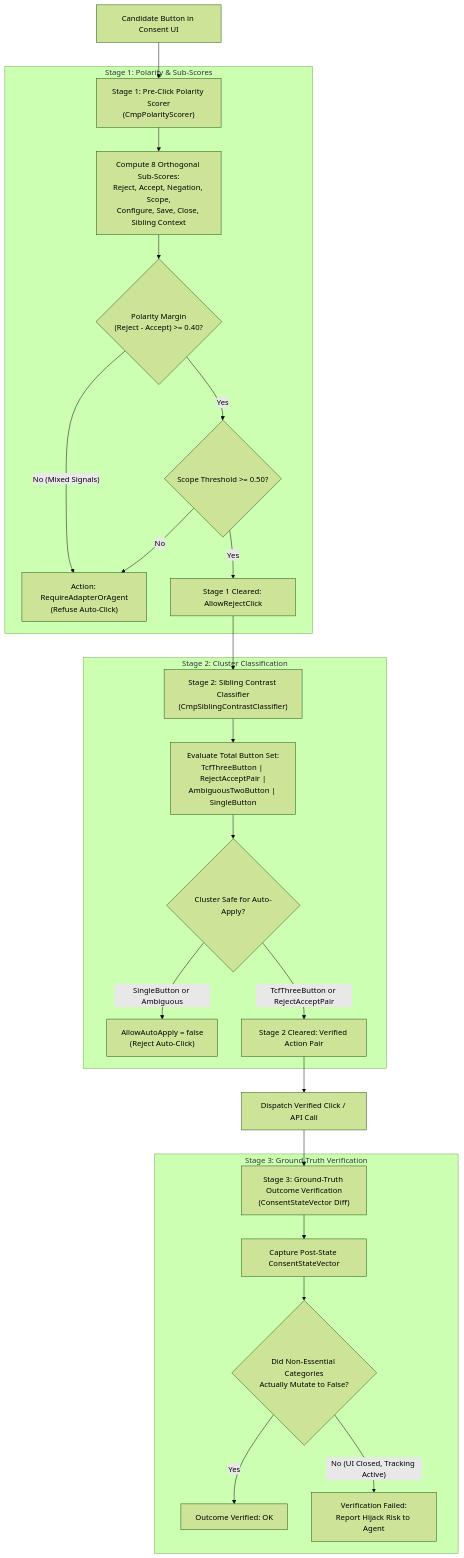
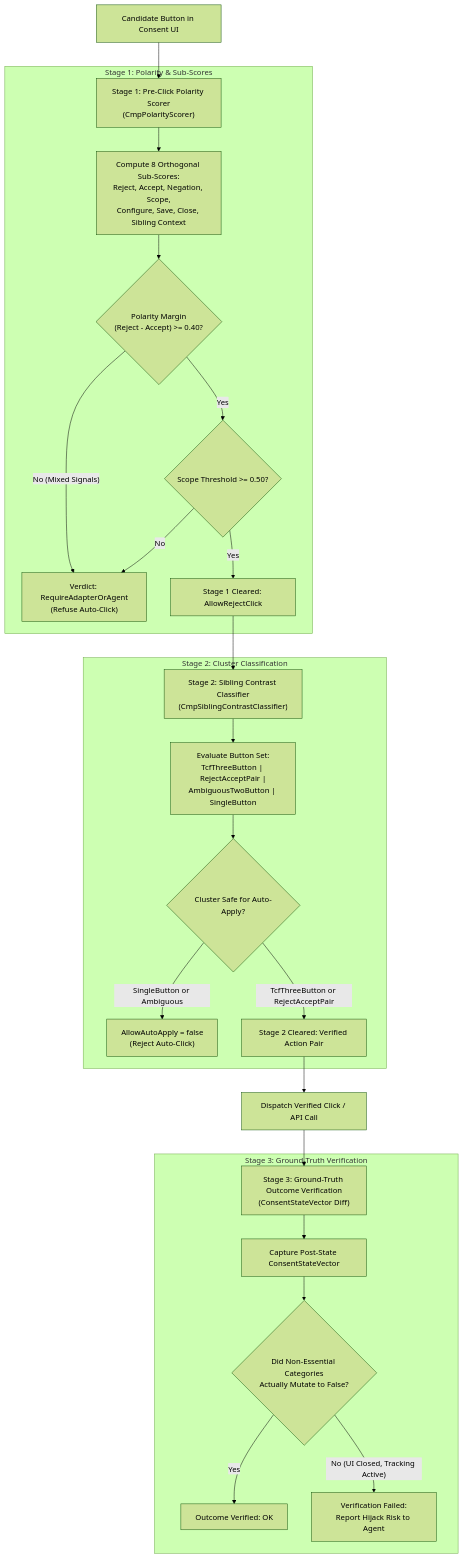
One commit to joelaniol/nova changed the diagram in docs/core-features/consent-management/hijack-protection/README.md. Above: the diagram before and after it, drawn with Mermaid (forest theme). The commit also changed other lines of this file and 128 other files, not shown here.

````diff
--- a/docs/core-features/consent-management/hijack-protection/README.md
+++ b/docs/core-features/consent-management/hijack-protection/README.md
@@ -40,33 +33,33 @@
 ```mermaid
 flowchart TD
     Candidate["Candidate Button in Consent UI"] --> Stage1["Stage 1: Pre-Click Polarity Scorer\n(CmpPolarityScorer)"]
 
     subgraph S1["Stage 1: Polarity & Sub-Scores"]
         Stage1 --> SubScores["Compute 8 Orthogonal Sub-Scores:\nReject, Accept, Negation, Scope,\nConfigure, Save, Close, Sibling Context"]
         SubScores --> MarginCheck{"Polarity Margin\n(Reject - Accept) >= 0.40?"}
-        MarginCheck -- "No (Mixed Signals)" --> BlockS1["Action: RequireAdapterOrAgent\n(Refuse Auto-Click)"]
+        MarginCheck -- "No (Mixed Signals)" --> BlockS1["Verdict: RequireAdapterOrAgent\n(Refuse Auto-Click)"]
         MarginCheck -- "Yes" --> ScopeCheck{"Scope Threshold >= 0.50?"}
         ScopeCheck -- "No" --> BlockS1
         ScopeCheck -- "Yes" --> PassS1["Stage 1 Cleared: AllowRejectClick"]
     end
 
     PassS1 --> Stage2["Stage 2: Sibling Contrast Classifier\n(CmpSiblingContrastClassifier)"]
 
     subgraph S2["Stage 2: Cluster Classification"]
-        Stage2 --> ClassifyCluster["Evaluate Total Button Set:\nTcfThreeButton | RejectAcceptPair |\nAmbiguousTwoButton | SingleButton"]
+        Stage2 --> ClassifyCluster["Evaluate Button Set:\nTcfThreeButton | RejectAcceptPair |\nAmbiguousTwoButton | SingleButton"]
         ClassifyCluster --> ClusterCheck{"Cluster Safe for Auto-Apply?"}
         ClusterCheck -- "SingleButton or Ambiguous" --> BlockS2["AllowAutoApply = false\n(Reject Auto-Click)"]
         ClusterCheck -- "TcfThreeButton or RejectAcceptPair" --> PassS2["Stage 2 Cleared: Verified Action Pair"]
     end
 
     PassS2 --> Dispatch["Dispatch Verified Click / API Call"]
 
     Dispatch --> Stage3["Stage 3: Ground-Truth Outcome Verification\n(ConsentStateVector Diff)"]
 
     subgraph S3["Stage 3: Ground-Truth Verification"]
         Stage3 --> CapturePost["Capture Post-State ConsentStateVector"]
         CapturePost --> CompareStates{"Did Non-Essential Categories\nActually Mutate to False?"}
         CompareStates -- "Yes" --> VerifiedSuccess["Outcome Verified: OK"]
         CompareStates -- "No (UI Closed, Tracking Active)" --> FailOutcome["Verification Failed:\nReport Hijack Risk to Agent"]
     end
 ```
````
